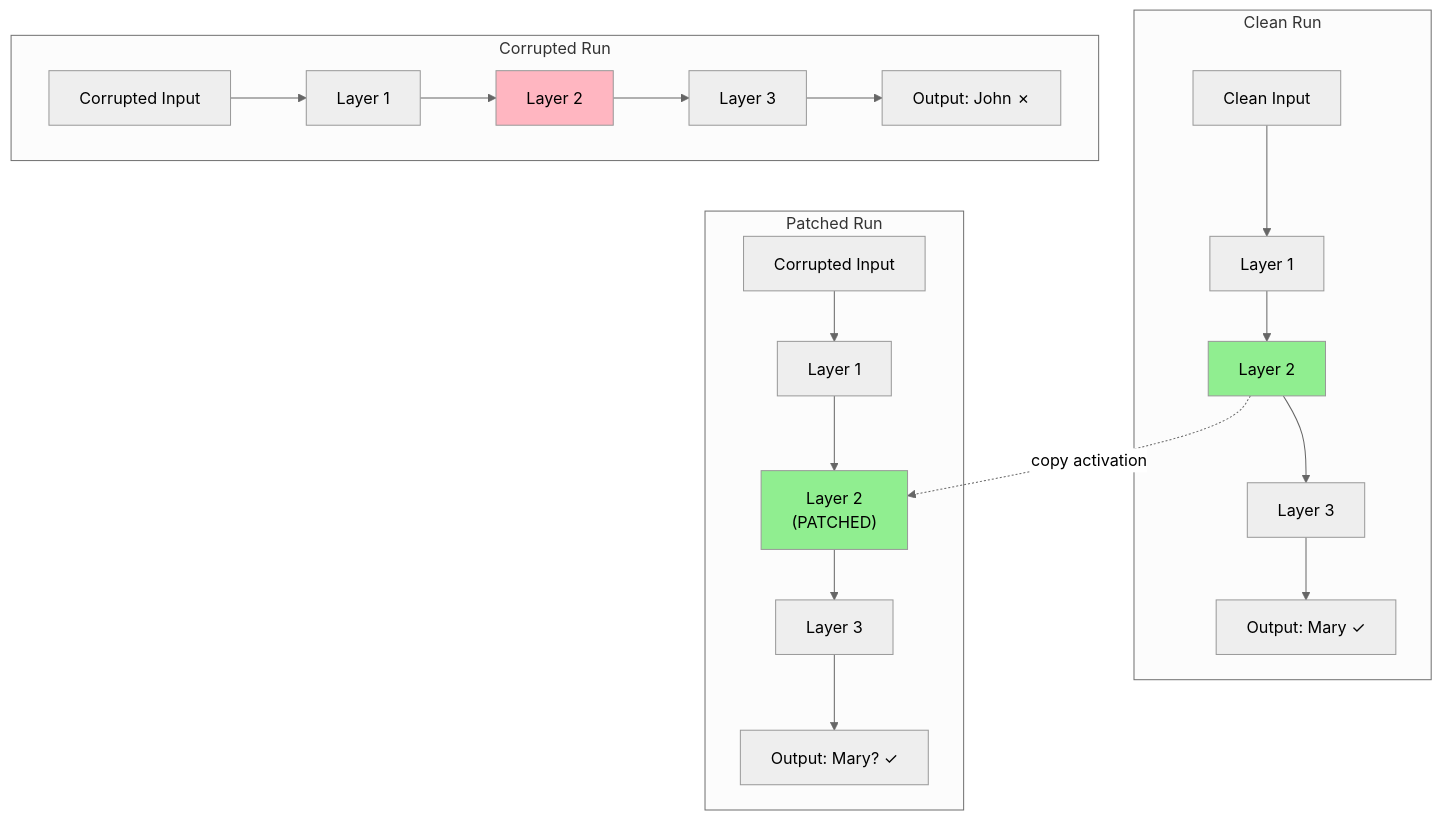
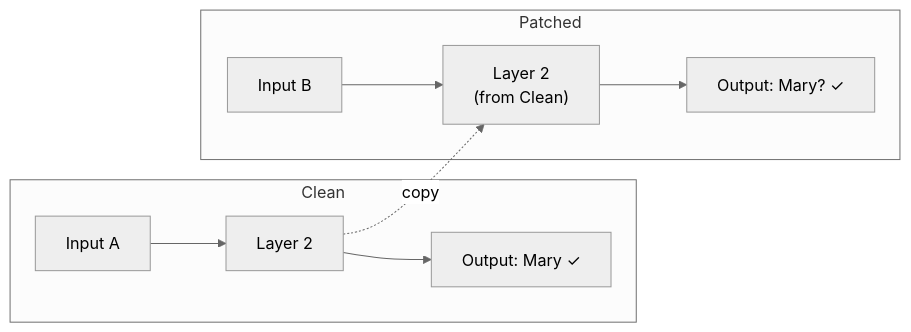
One commit to ttsugriy/mechinterp-first-principles changed the diagram in articles/11-patching.qmd. Above: the diagram before and after it, drawn with Mermaid (neutral theme). The commit also changed 7 other files, not shown here.

First line of the commit message:
Add interactive visualizations and simplified diagrams

````diff
--- a/articles/11-patching.qmd
+++ b/articles/11-patching.qmd
@@ -48,20 +48,12 @@
 ```{mermaid}
-%%| fig-cap: "Activation patching: run clean and corrupted inputs, then patch one component's activation from clean into corrupted to measure causal effect."
-flowchart TB
-    subgraph "Clean Run"
-        CI[Clean Input] --> CM1[Layer 1] --> CM2[Layer 2] --> CM3[Layer 3] --> CO["Output: Mary ✓"]
-        style CM2 fill:#90EE90
+%%| fig-cap: "Activation patching: replace one component's activation from the corrupted run with its value from the clean run."
+%%| fig-width: 7
+flowchart LR
+    subgraph Clean
+        C1["Input A"] --> C2["Layer 2"] --> C3["Output: Mary ✓"]
     end
-
-    subgraph "Corrupted Run"
-        XI[Corrupted Input] --> XM1[Layer 1] --> XM2[Layer 2] --> XM3[Layer 3] --> XO["Output: John ✗"]
-        style XM2 fill:#FFB6C1
+    subgraph Patched
+        P1["Input B"] --> P2["Layer 2<br/>(from Clean)"] --> P3["Output: Mary? ✓"]
     end
-
-    subgraph "Patched Run"
-        PI[Corrupted Input] --> PM1[Layer 1] --> PM2["Layer 2<br/>(PATCHED)"] --> PM3[Layer 3] --> PO["Output: Mary? ✓"]
-        style PM2 fill:#90EE90
-    end
-
-    CM2 -.->|"copy activation"| PM2
+    C2 -.->|"copy"| P2
 ```
````
